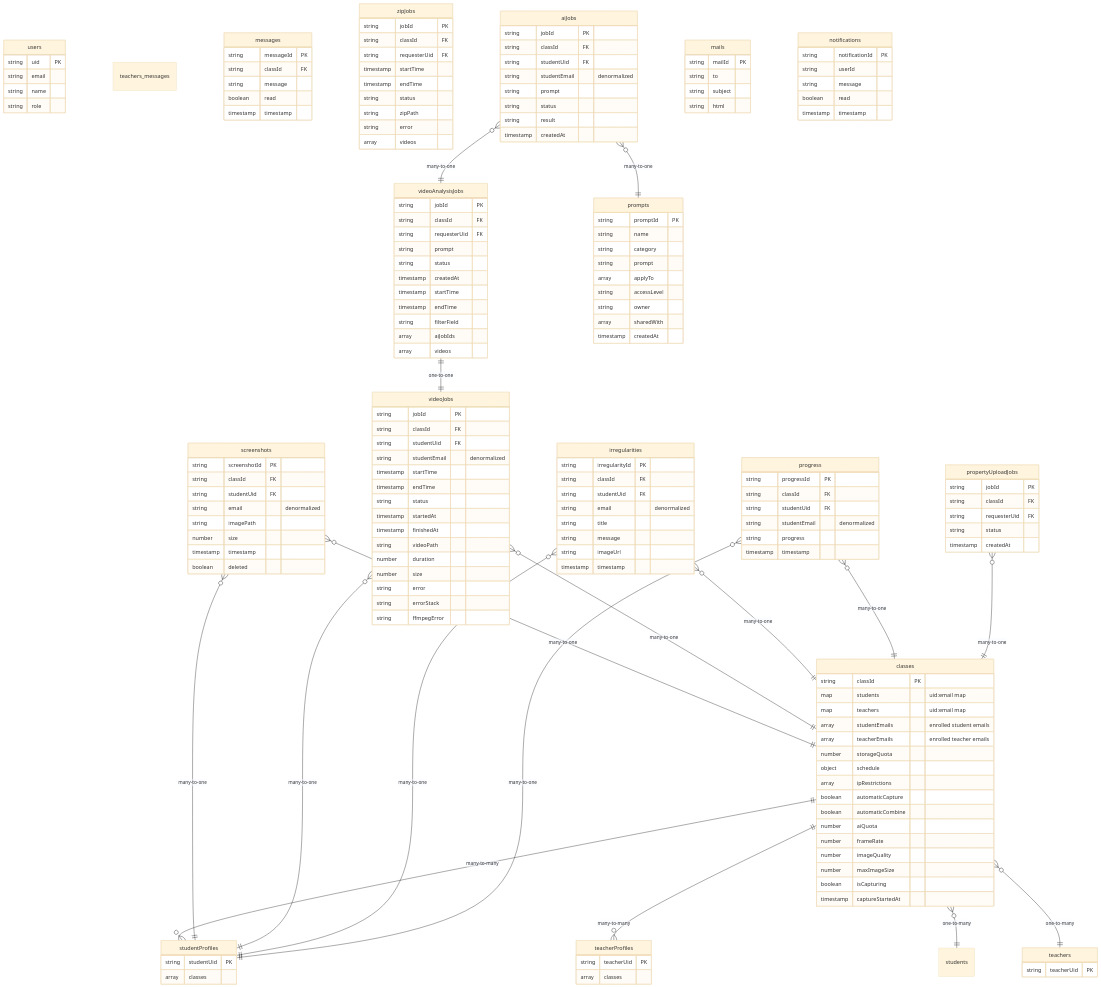
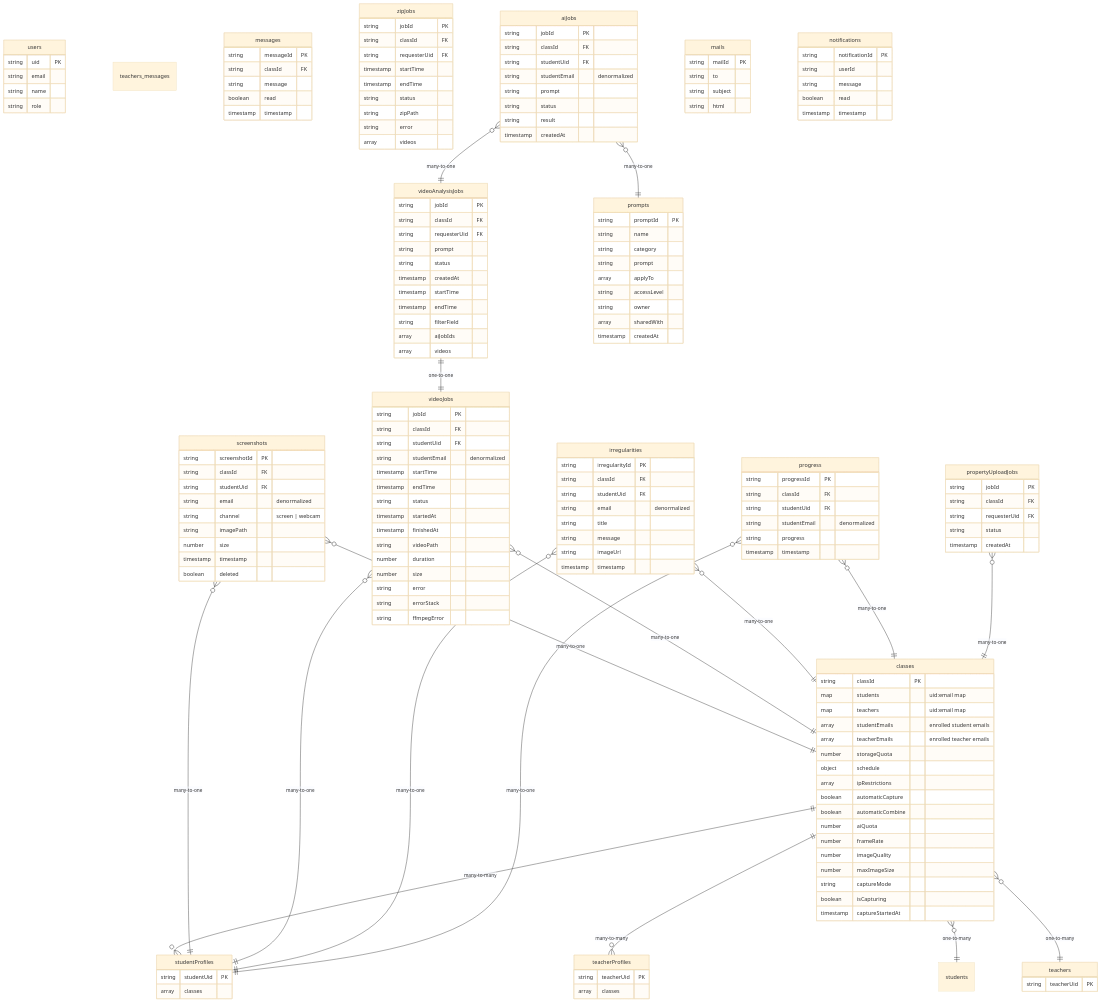
Before and after one commit to wongcyrus/Gemini-AI-Classroom-Assistant: the diagram in docs/firestore-schema.md, drawn with Mermaid (base theme). The commit also changed other lines of this file and 18 other files, not shown here.

Commit message:
feat: add split-channel screen and webcam streaming, multi-camera selection, and view filtering

```diff
--- a/docs/firestore-schema.md
+++ b/docs/firestore-schema.md
@@ -28,6 +28,7 @@
         number frameRate
         number imageQuality
         number maxImageSize
+        string captureMode
         boolean isCapturing
         timestamp captureStartedAt
     }
@@ -59,6 +60,7 @@
         string classId FK
         string studentUid FK
         string email "denormalized"
+        string channel "screen | webcam"
         string imagePath
         number size
         timestamp timestamp
```
